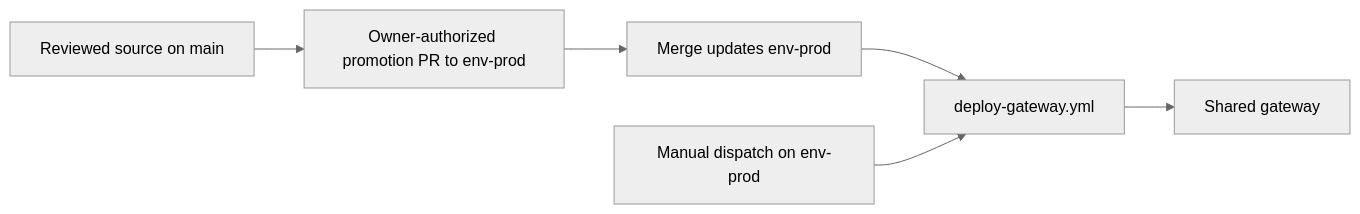
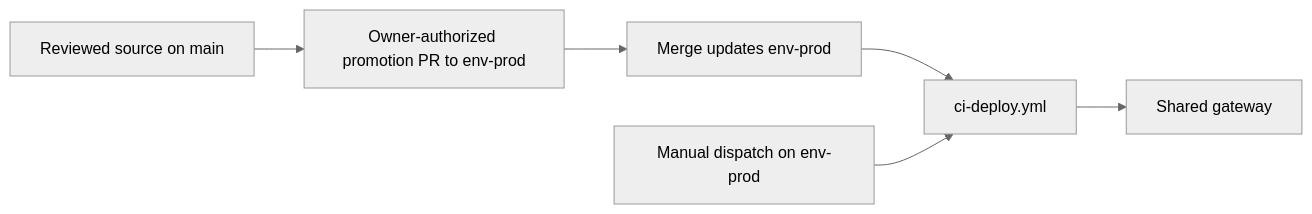
One commit to VanillaIceCube/JudeAndrewAlabaInfrastructure changed the fourth of 4 diagrams in .github/workflows/README.md. Above: the diagram before and after it, drawn with Mermaid (neutral theme). The commit also changed other lines of this file and 115 other files, not shown here.

````diff
--- a/.github/workflows/README.md
+++ b/.github/workflows/README.md
@@ -95,8 +122,8 @@
 ```mermaid
 flowchart LR
     MAIN["Reviewed source on main"] --> PR["Owner-authorized promotion PR to env-prod"]
     PR --> PUSH["Merge updates env-prod"]
-    PUSH --> DEPLOY["deploy-gateway.yml"]
+    PUSH --> DEPLOY["ci-deploy.yml"]
     RETRY["Manual dispatch on env-prod"] --> DEPLOY
     DEPLOY --> TARGET["Shared gateway"]
 ```
````
